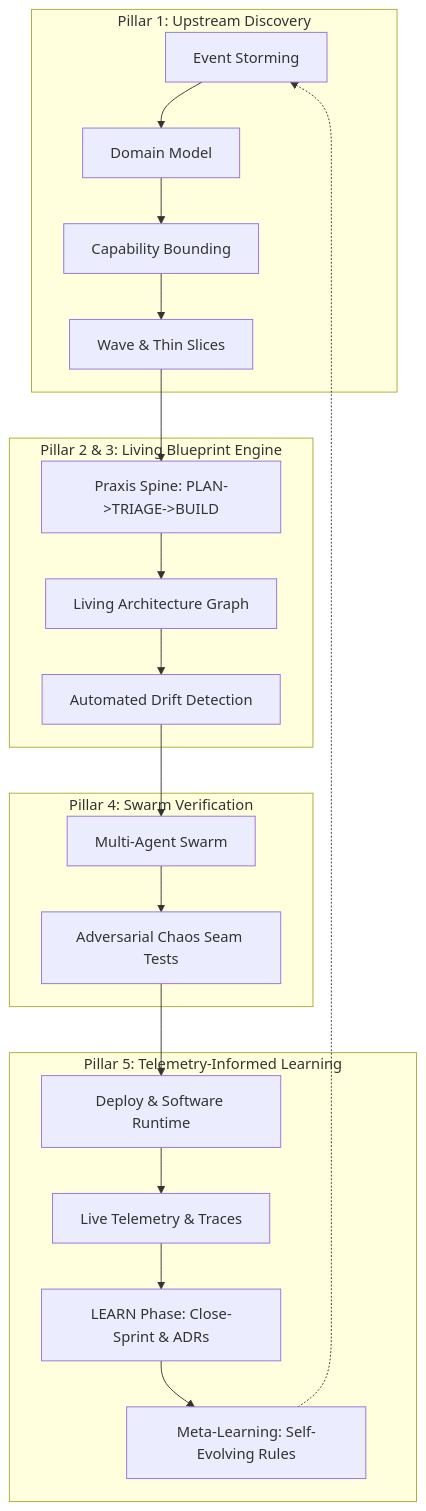
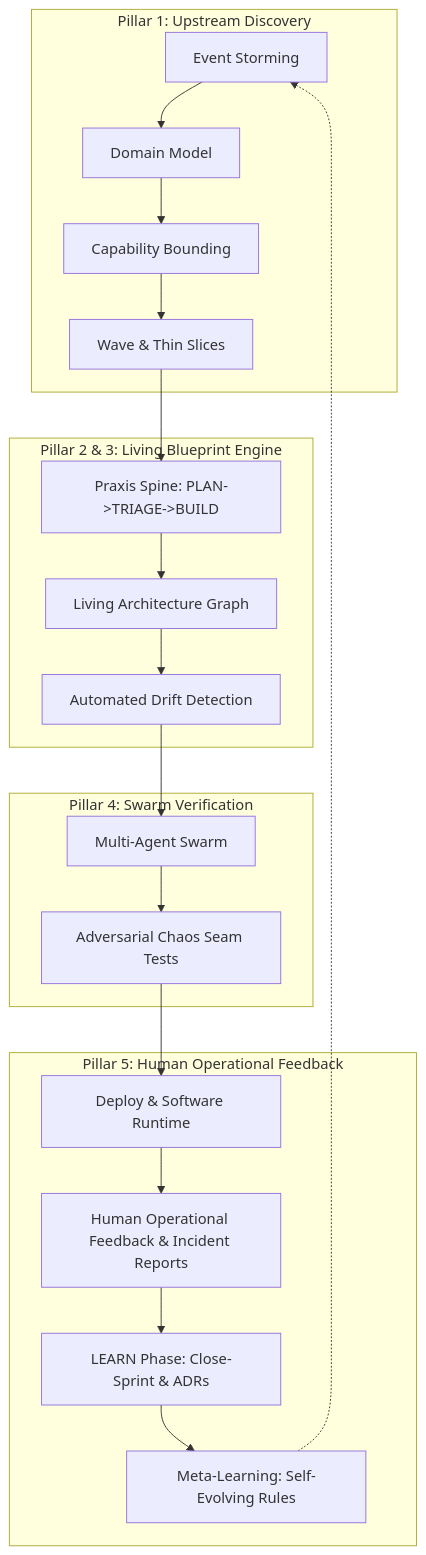
One commit to nuewframe/praxis changed the second of 2 diagrams in docs/product/RFC.260725-Praxis-Future-Vision.md. Above: the diagram before and after it, drawn with Mermaid. The commit also changed other lines of this file and 3 other files, not shown here.

````diff
--- a/docs/product/RFC.260725-Praxis-Future-Vision.md
+++ b/docs/product/RFC.260725-Praxis-Future-Vision.md
@@ -61,27 +90,27 @@
 ```mermaid
 flowchart TD
     subgraph P1[Pillar 1: Upstream Discovery]
         ES[Event Storming] --> DM[Domain Model]
         DM --> CB[Capability Bounding]
         CB --> W[Wave & Thin Slices]
     end
 
     subgraph P2[Pillar 2 & 3: Living Blueprint Engine]
         W --> SP[Praxis Spine: PLAN->TRIAGE->BUILD]
         SP --> LAG[Living Architecture Graph]
         LAG --> ADD[Automated Drift Detection]
     end
 
     subgraph P4[Pillar 4: Swarm Verification]
         ADD --> MAS[Multi-Agent Swarm]
         MAS --> AC[Adversarial Chaos Seam Tests]
     end
 
-    subgraph P5[Pillar 5: Telemetry-Informed Learning]
+    subgraph P5[Pillar 5: Human Operational Feedback]
         AC --> DEP[Deploy & Software Runtime]
-        DEP --> TEL[Live Telemetry & Traces]
-        TEL --> LEARN[LEARN Phase: Close-Sprint & ADRs]
+        DEP --> HOF[Human Operational Feedback & Incident Reports]
+        HOF --> LEARN[LEARN Phase: Close-Sprint & ADRs]
         LEARN --> META[Meta-Learning: Self-Evolving Rules]
         META -.-> ES
     end
 ```
````
